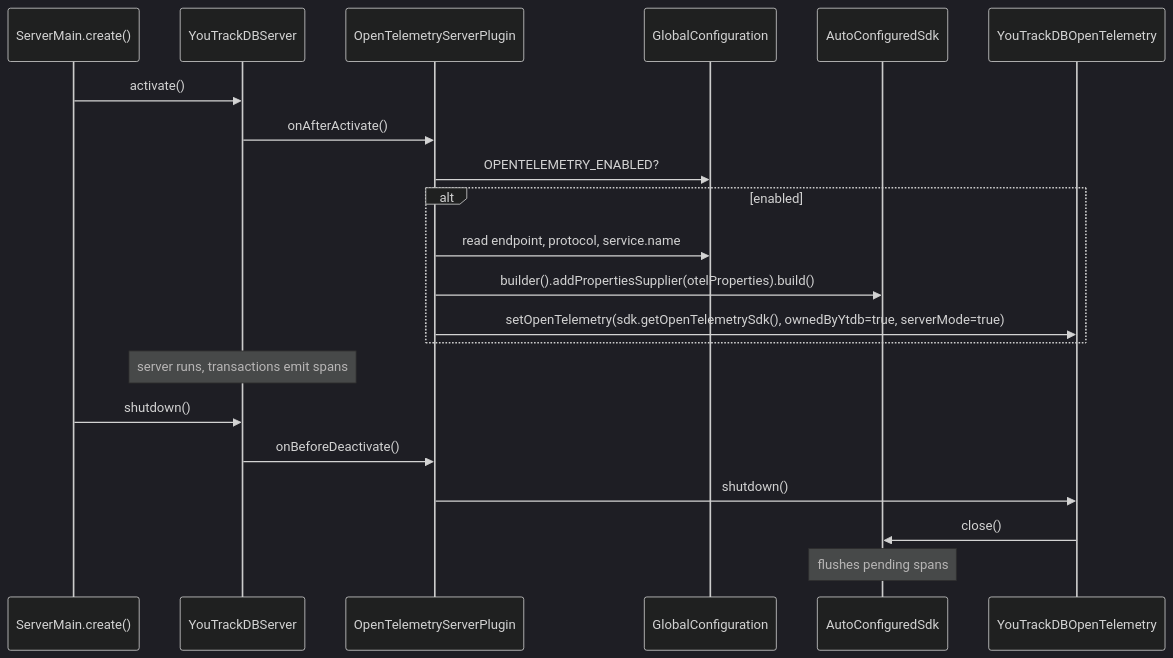
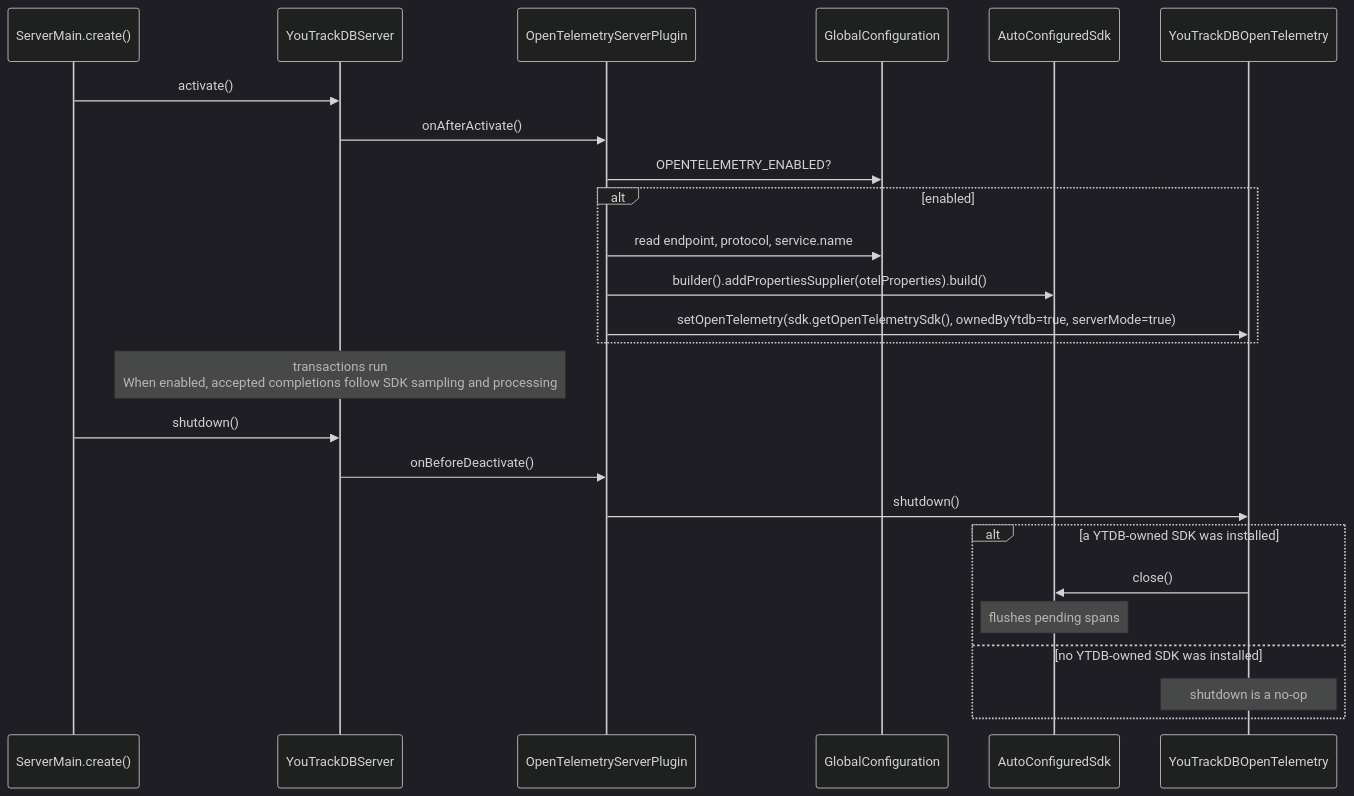
The fourth of 4 diagrams in docs/adr/ytdb-496-opentelemetry-support/_workflow/design.md (JetBrains/youtrackdb), drawn with Mermaid (dark theme) before and after one commit. The commit also changed other lines of this file and 2 other files, not shown here.

````diff
--- a/docs/adr/ytdb-496-opentelemetry-support/_workflow/design.md
+++ b/docs/adr/ytdb-496-opentelemetry-support/_workflow/design.md
@@ -552,24 +551,28 @@
 ```mermaid
 sequenceDiagram
     participant Main as ServerMain.create()
     participant Srv as YouTrackDBServer
     participant Plugin as OpenTelemetryServerPlugin
     participant Cfg as GlobalConfiguration
     participant Sdk as AutoConfiguredSdk
     participant Fac as YouTrackDBOpenTelemetry
 
     Main->>Srv: activate()
     Srv->>Plugin: onAfterActivate()
     Plugin->>Cfg: OPENTELEMETRY_ENABLED?
     alt enabled
         Plugin->>Cfg: read endpoint, protocol, service.name
         Plugin->>Sdk: builder().addPropertiesSupplier(otelProperties).build()
         Plugin->>Fac: setOpenTelemetry(sdk.getOpenTelemetrySdk(), ownedByYtdb=true, serverMode=true)
     end
-    Note over Srv: server runs, transactions emit spans
+    Note over Srv: transactions run<br/>When enabled, accepted completions follow SDK sampling and processing
     Main->>Srv: shutdown()
     Srv->>Plugin: onBeforeDeactivate()
     Plugin->>Fac: shutdown()
-    Fac->>Sdk: close()
-    Note over Sdk: flushes pending spans
+    alt a YTDB-owned SDK was installed
+        Fac->>Sdk: close()
+        Note over Sdk: flushes pending spans
+    else no YTDB-owned SDK was installed
+        Note over Fac: shutdown is a no-op
+    end
 ```
````
